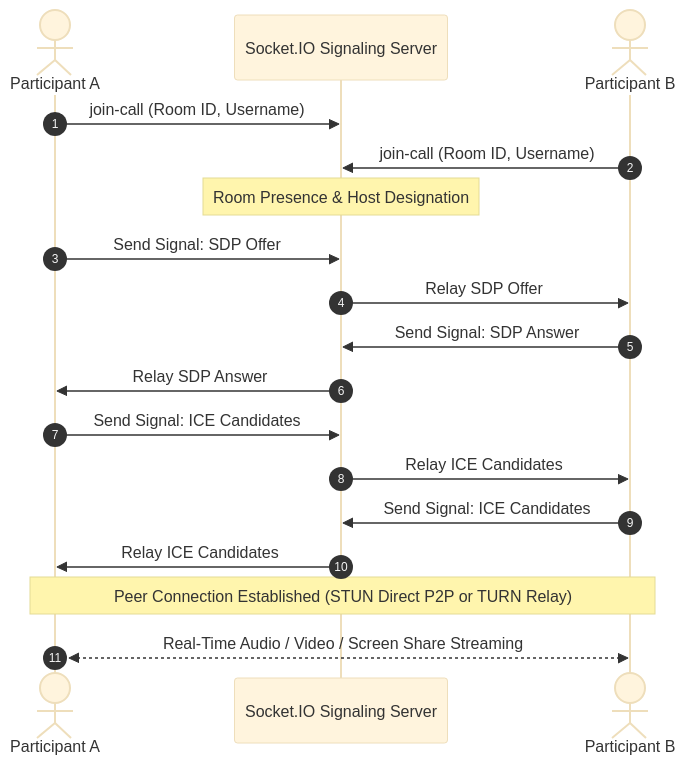
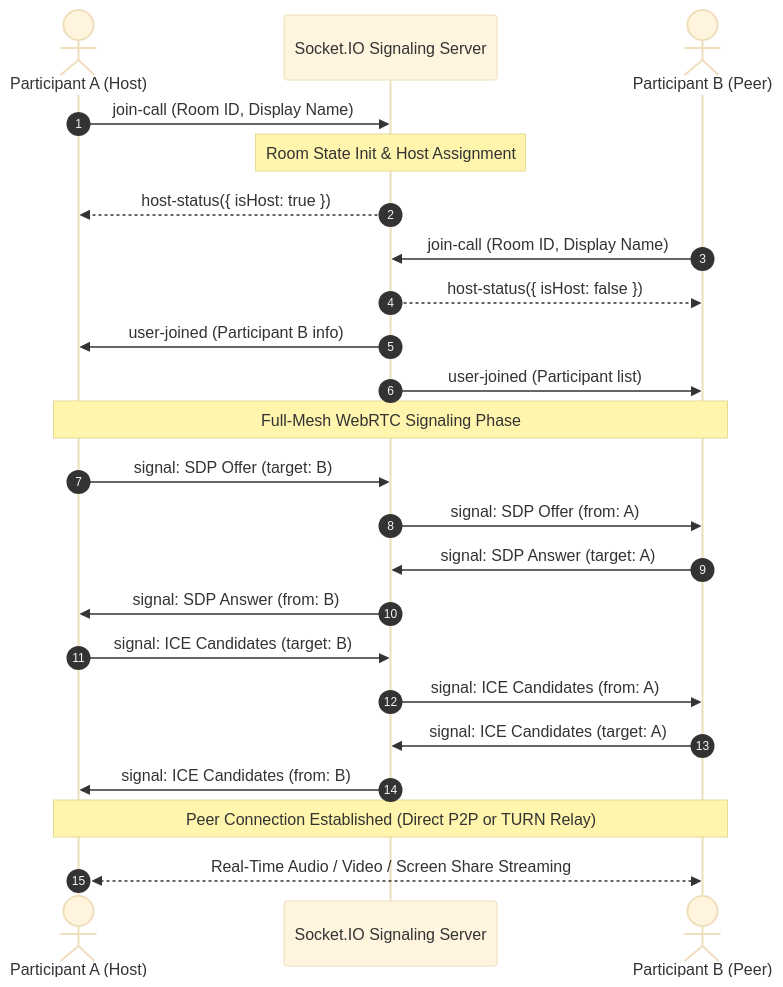
One commit to Sekhar01807/Novacall changed the third of 3 diagrams in README.md. Above: the diagram before and after it, drawn with Mermaid (base theme). The commit also changed other lines of this file, not shown here.

Commit message:
docs: update README with modular architecture, REST API reference, and security invariants

````diff
--- a/README.md
+++ b/README.md
@@ -103,24 +105,30 @@
 ```mermaid
 sequenceDiagram
     autonumber
-    actor A as Participant A
+    actor A as Participant A (Host)
     participant S as Socket.IO Signaling Server
-    actor B as Participant B
+    actor B as Participant B (Peer)
 
-    A->>S: join-call (Room ID, Username)
-    B->>S: join-call (Room ID, Username)
-    Note over S: Room Presence & Host Designation
+    A->>S: join-call (Room ID, Display Name)
+    Note over S: Room State Init & Host Assignment
+    S-->>A: host-status({ isHost: true })
 
-    A->>S: Send Signal: SDP Offer
-    S->>B: Relay SDP Offer
-    B->>S: Send Signal: SDP Answer
-    S->>A: Relay SDP Answer
+    B->>S: join-call (Room ID, Display Name)
+    S-->>B: host-status({ isHost: false })
+    S->>A: user-joined (Participant B info)
+    S->>B: user-joined (Participant list)
 
-    A->>S: Send Signal: ICE Candidates
-    S->>B: Relay ICE Candidates
-    B->>S: Send Signal: ICE Candidates
-    S->>A: Relay ICE Candidates
+    Note over A,B: Full-Mesh WebRTC Signaling Phase
+    A->>S: signal: SDP Offer (target: B)
+    S->>B: signal: SDP Offer (from: A)
+    B->>S: signal: SDP Answer (target: A)
+    S->>A: signal: SDP Answer (from: B)
 
-    Note over A,B: Peer Connection Established (STUN Direct P2P or TURN Relay)
+    A->>S: signal: ICE Candidates (target: B)
+    S->>B: signal: ICE Candidates (from: A)
+    B->>S: signal: ICE Candidates (target: A)
+    S->>A: signal: ICE Candidates (from: B)
+
+    Note over A,B: Peer Connection Established (Direct P2P or TURN Relay)
     A<<-->>B: Real-Time Audio / Video / Screen Share Streaming
 ```
````
